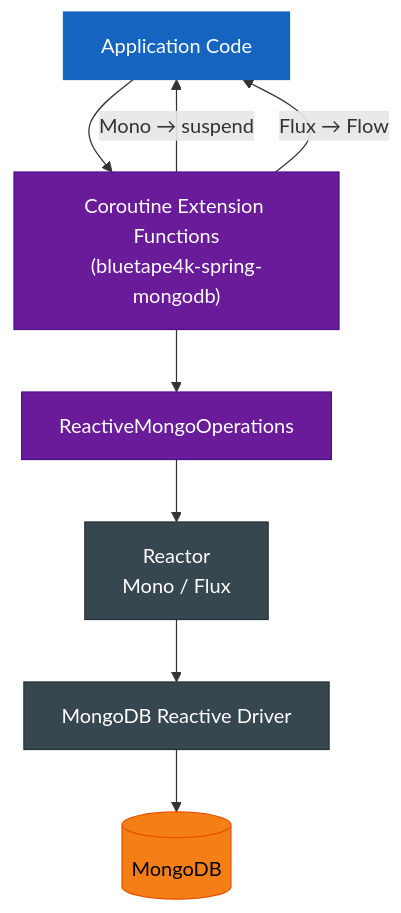
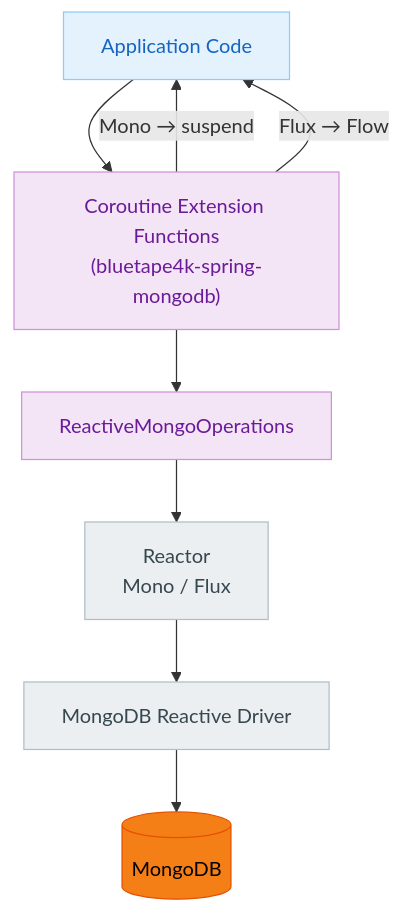
One commit to bluetape4k/bluetape4k-projects changed the second of 4 diagrams in spring-boot3/mongodb/README.md. Above: the diagram before and after it, drawn with Mermaid. The commit also changed other lines of this file and 219 other files, not shown here.

First line of the commit message:
docs: 전체 README Mermaid 다이어그램 가이드 적용

````diff
--- a/spring-boot3/mongodb/README.md
+++ b/spring-boot3/mongodb/README.md
@@ -277,22 +277,22 @@
 ```mermaid
 flowchart TD
     App["Application Code"] --> Ext["Coroutine Extension Functions<br/>(bluetape4k-spring-mongodb)"]
     Ext --> ROps["ReactiveMongoOperations"]
     ROps --> Reactor["Reactor<br/>Mono / Flux"]
     Reactor --> Driver["MongoDB Reactive Driver"]
     Driver --> MongoDB[("MongoDB")]
     Ext -- "Mono → suspend" --> App
     Ext -- "Flux → Flow" --> App
 
-    classDef serviceStyle fill:#1565C0,stroke:#1565C0,color:#FFFFFF
-    classDef asyncStyle fill:#6A1B9A,stroke:#4A148C,color:#FFFFFF
-    classDef extStyle fill:#37474F,stroke:#263238,color:#FFFFFF
+    classDef serviceStyle fill:#E3F2FD,stroke:#90CAF9,color:#1565C0
+    classDef asyncStyle fill:#F3E5F5,stroke:#CE93D8,color:#6A1B9A
+    classDef extStyle fill:#ECEFF1,stroke:#B0BEC5,color:#37474F
     classDef dataStyle fill:#F57F17,stroke:#E65100,color:#000000
 
     class App serviceStyle
     class Ext asyncStyle
     class ROps asyncStyle
     class Reactor extStyle
     class Driver extStyle
     class MongoDB dataStyle
 ```
````
